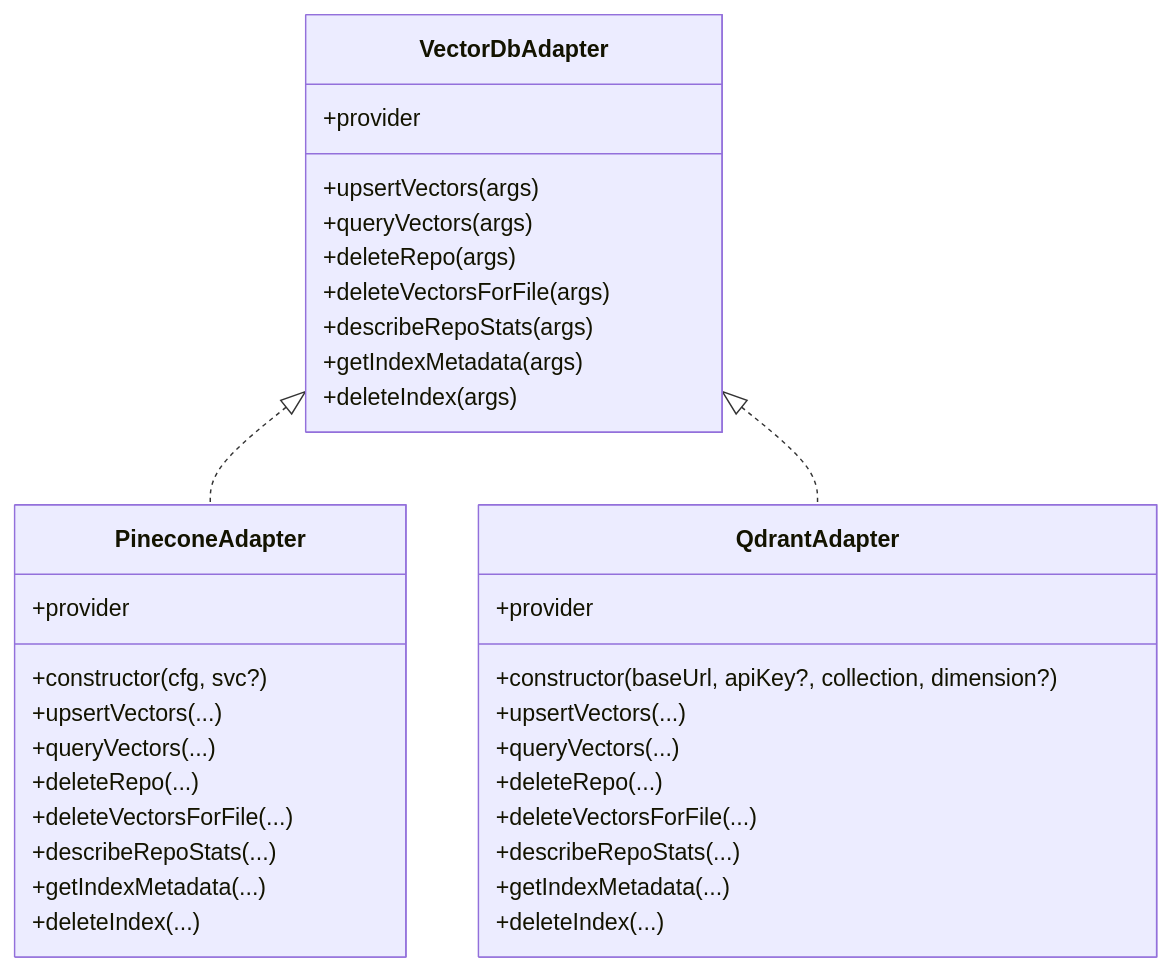
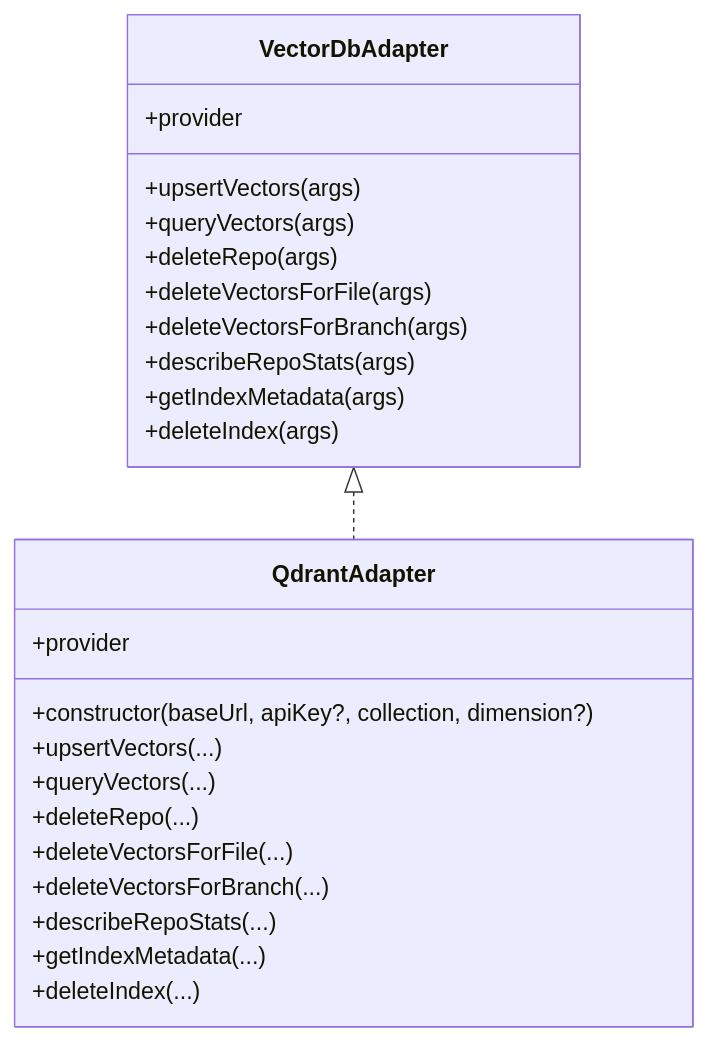
Before and after one commit to bramburn/repomix-runner: the third of 9 diagrams in .qoder/repowiki/en/content/Indexing and Search System/Vector Database Adapters.md, drawn with Mermaid. The commit also changed other lines of this file and 9 other files, not shown here.

````diff
--- a/.qoder/repowiki/en/content/Indexing and Search System/Vector Database Adapters.md
+++ b/.qoder/repowiki/en/content/Indexing and Search System/Vector Database Adapters.md
@@ -166,37 +151,27 @@
 ```mermaid
 classDiagram
 class VectorDbAdapter {
 +provider
 +upsertVectors(args)
 +queryVectors(args)
 +deleteRepo(args)
 +deleteVectorsForFile(args)
++deleteVectorsForBranch(args)
 +describeRepoStats(args)
 +getIndexMetadata(args)
 +deleteIndex(args)
-}
-class PineconeAdapter {
-+provider
-+constructor(cfg, svc?)
-+upsertVectors(...)
-+queryVectors(...)
-+deleteRepo(...)
-+deleteVectorsForFile(...)
-+describeRepoStats(...)
-+getIndexMetadata(...)
-+deleteIndex(...)
 }
 class QdrantAdapter {
 +provider
 +constructor(baseUrl, apiKey?, collection, dimension?)
 +upsertVectors(...)
 +queryVectors(...)
 +deleteRepo(...)
 +deleteVectorsForFile(...)
++deleteVectorsForBranch(...)
 +describeRepoStats(...)
 +getIndexMetadata(...)
 +deleteIndex(...)
 }
-VectorDbAdapter <|.. PineconeAdapter
 VectorDbAdapter <|.. QdrantAdapter
 ```
````
